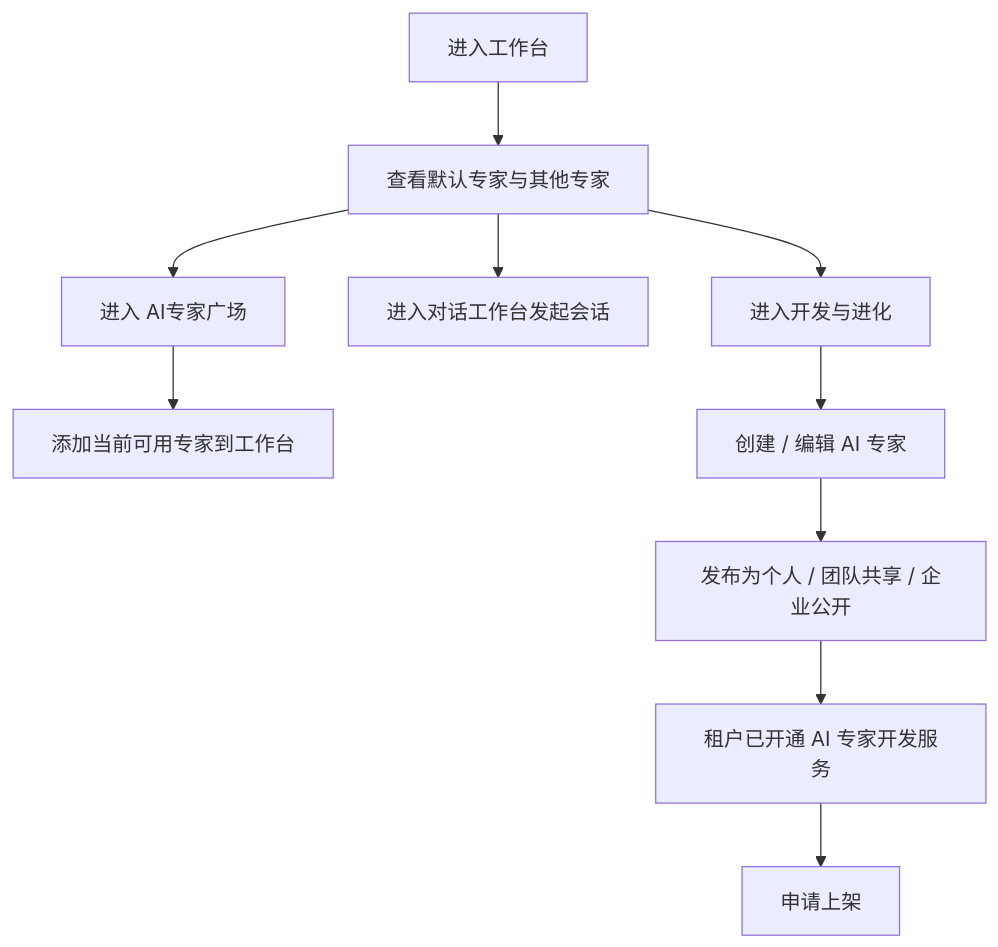
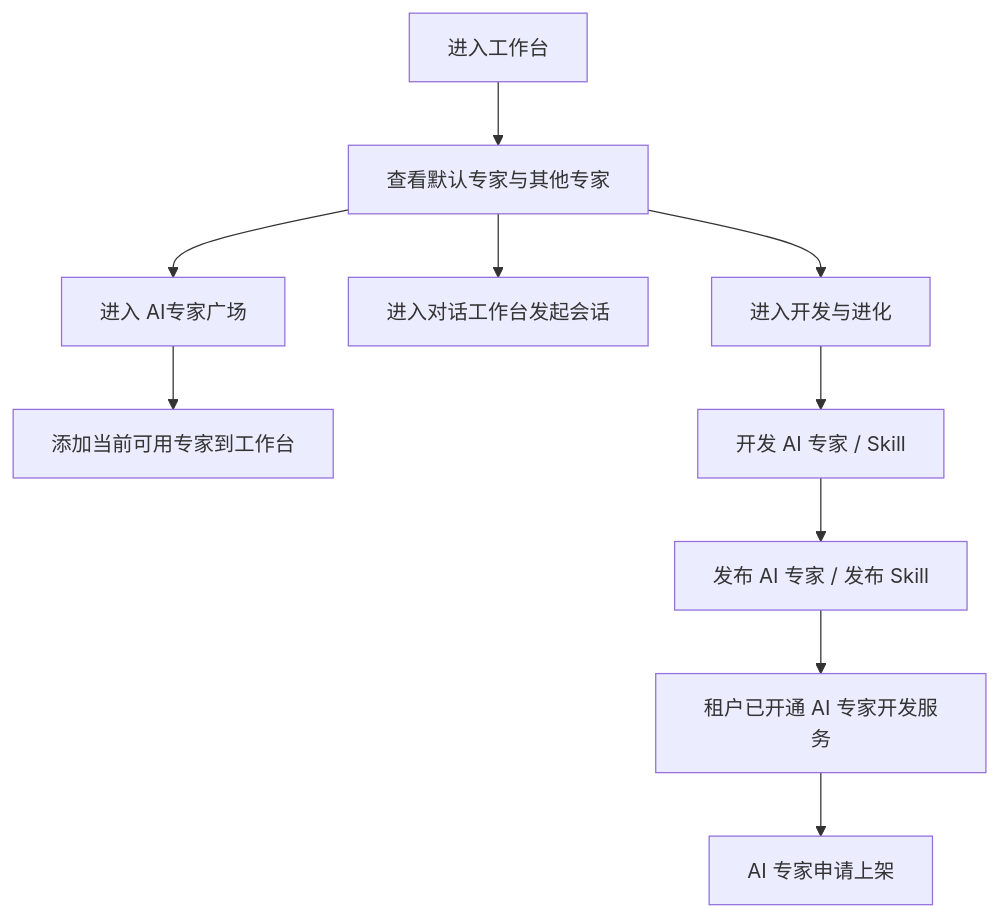
One commit to wanquanY/Frontis_prd changed the second of 4 diagrams in Frontis AI · 完整 PRD V2.md. Above: the diagram before and after it, drawn with Mermaid. The commit also changed other lines of this file and 12 other files, not shown here.

````diff
--- a/Frontis AI · 完整 PRD V2.md
+++ b/Frontis AI · 完整 PRD V2.md
@@ -110,12 +113,12 @@
 ```mermaid
 flowchart TD
   A["进入工作台"] --> B["查看默认专家与其他专家"]
   B --> C["进入 AI专家广场"]
   C --> D["添加当前可用专家到工作台"]
   B --> E["进入对话工作台发起会话"]
   B --> F["进入开发与进化"]
-  F --> G["创建 / 编辑 AI 专家"]
-  G --> H["发布为个人 / 团队共享 / 企业公开"]
+  F --> G["开发 AI 专家 / Skill"]
+  G --> H["发布 AI 专家 / 发布 Skill"]
   H --> I["租户已开通 AI 专家开发服务"]
-  I --> J["申请上架"]
+  I --> J["AI 专家申请上架"]
 ```
````
